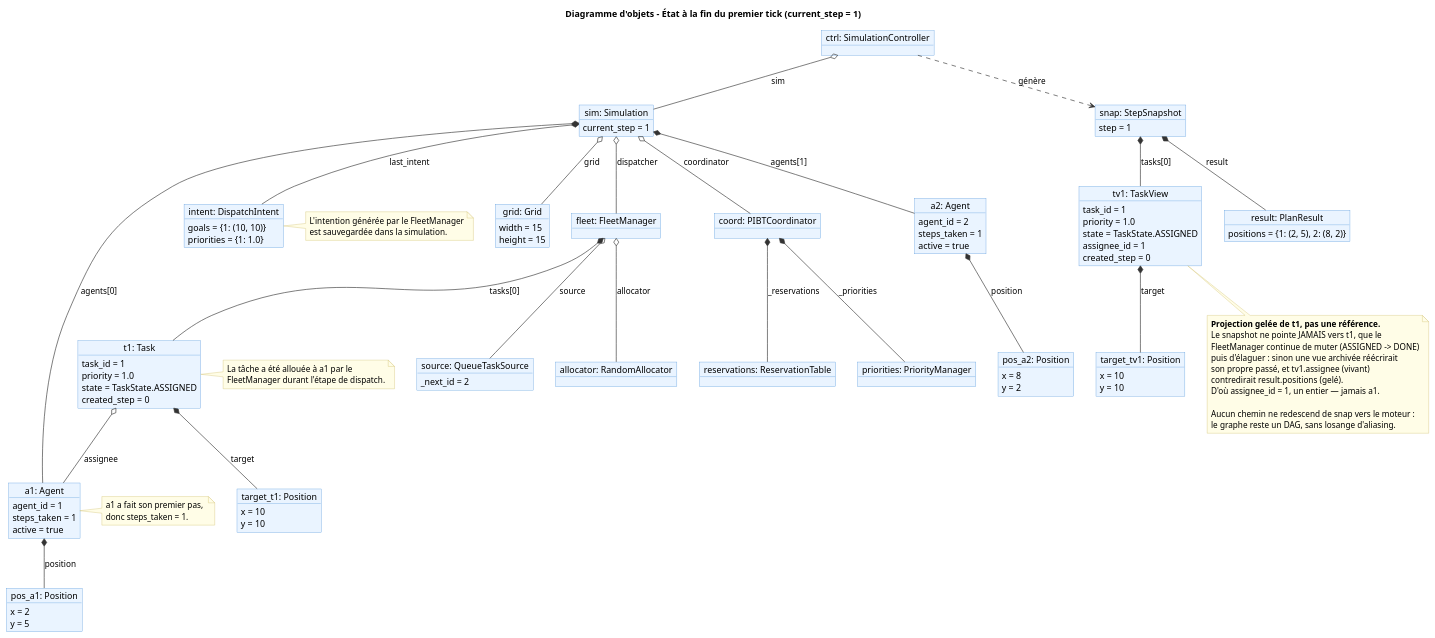
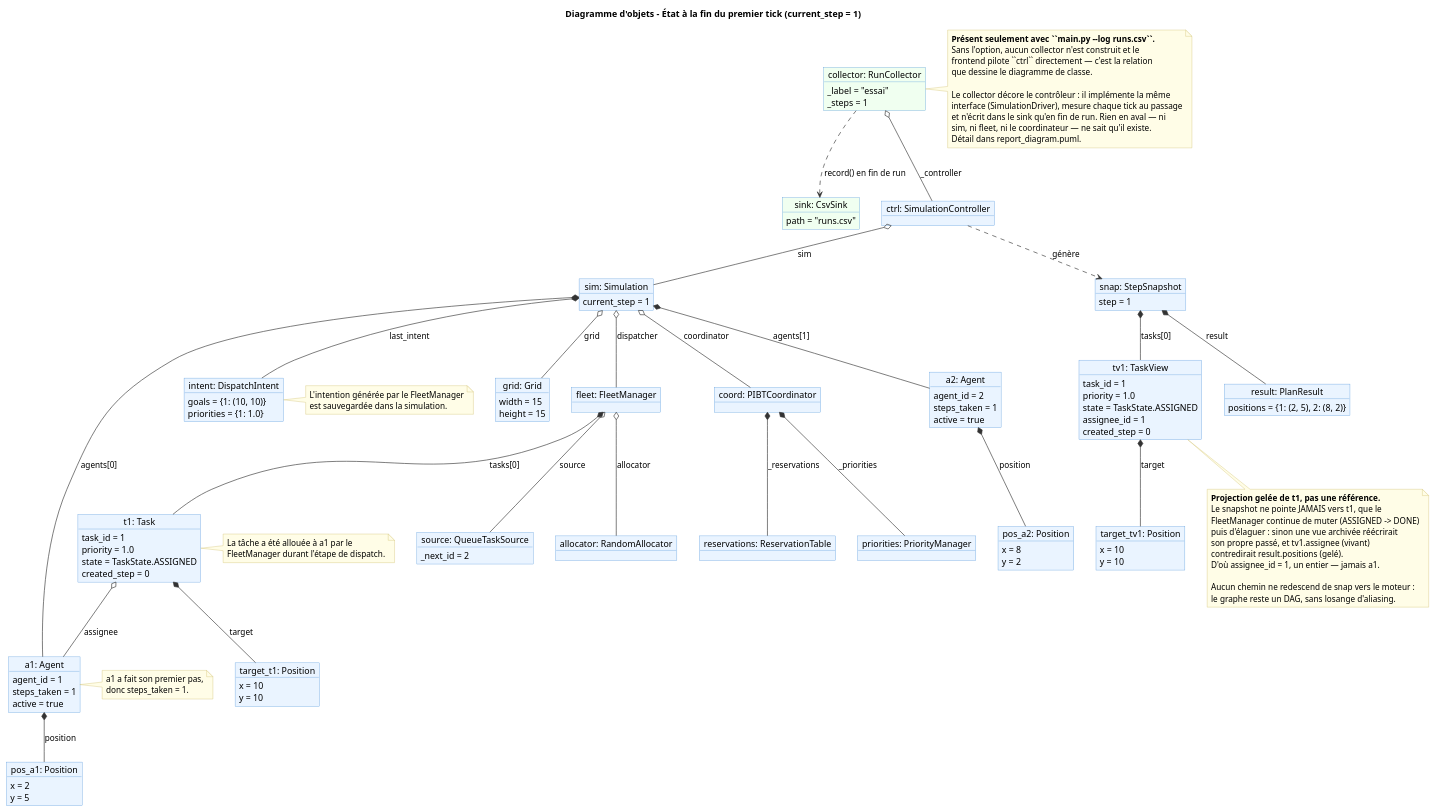
Before and after one commit to RasdaCorentin/MAPF_Simulation: the diagram in diagrammes/object_diag.puml, drawn with PlantUML. The commit also changed 3 other files, not shown here.

First line of the commit message:
docs(diagrams): show the run log in the object diagram

```diff
--- a/diagrammes/object_diag.puml
+++ b/diagrammes/object_diag.puml
@@ -1,171 +1,197 @@
 @startuml object_diagram_post_step1
 
 title Diagramme d'objets - État à la fin du premier tick (current_step = 1)
 
 skinparam objectBorderColor #4A90D9
 skinparam objectBackgroundColor #EAF4FF
 skinparam ArrowColor #333333
 skinparam NoteBackgroundColor #FFFDE7
 skinparam NoteBorderColor #C9B458
+
+object "collector: RunCollector" as collector #F0FFF0 {
+  _label = "essai"
+  _steps = 1
+}
+
+object "sink: CsvSink" as sink #F0FFF0 {
+  path = "runs.csv"
+}
 
 object "ctrl: SimulationController" as ctrl {
 }
 
 object "sim: Simulation" as sim {
   current_step = 1
 }
 
 object "grid: Grid" as grid {
   width = 15
   height = 15
 }
 
 object "fleet: FleetManager" as fleet {
 }
 
 object "source: QueueTaskSource" as source {
   _next_id = 2
 }
 
 object "allocator: RandomAllocator" as alloc {
 }
 
 object "coord: PIBTCoordinator" as coord {
 }
 
 object "reservations: ReservationTable" as res_table {
 }
 
 object "priorities: PriorityManager" as prio {
 }
 
 object "a1: Agent" as a1 {
   agent_id = 1
   steps_taken = 1
   active = true
 }
 
 object "a2: Agent" as a2 {
   agent_id = 2
   steps_taken = 1
   active = true
 }
 
 object "pos_a1: Position" as pos_a1 {
   x = 2
   y = 5
 }
 
 object "pos_a2: Position" as pos_a2 {
   x = 8
   y = 2
 }
 
 object "t1: Task" as t1 {
   task_id = 1
   priority = 1.0
   state = TaskState.ASSIGNED
   created_step = 0
 }
 
 object "target_t1: Position" as target_t1 {
   x = 10
   y = 10
 }
 
 object "intent: DispatchIntent" as intent {
   goals = {1: (10, 10)}
   priorities = {1: 1.0}
 }
 
 object "snap: StepSnapshot" as snap {
   step = 1
 }
 
 object "tv1: TaskView" as tv1 {
   task_id = 1
   priority = 1.0
   state = TaskState.ASSIGNED
   assignee_id = 1
   created_step = 0
 }
 
 object "target_tv1: Position" as target_tv1 {
   x = 10
   y = 10
 }
 
 object "result: PlanResult" as result {
   positions = {1: (2, 5), 2: (8, 2)}
 }
 
 ' ===================================
 ' Liens de composition / aggrégation
 ' ===================================
 
 ' Losanges : même convention que le diagramme de classe — plein pour une
 ' valeur immuable ou un objet mutable à propriétaire unique, creux pour un
 ' objet mutable dont l'instance est partagée.
+' report/ — présent uniquement si le run a été lancé avec --log.
+collector o-- ctrl : _controller
+collector ..> sink : "record() en fin de run"
+
 ctrl o-- sim : sim
 ctrl ..> snap : "génère"
 
 ' Creux : la grille est construite par la factory, qui la partage entre la
 ' simulation et les sources de tâches. La simulation la pilote, elle ne la
 ' possède pas en exclusivité.
 sim o-- grid : grid
 sim *-- a1 : agents[0]
 sim *-- a2 : agents[1]
 sim o-- coord : coordinator
 sim o-- fleet : dispatcher
 sim *-- intent : last_intent
 
 fleet o-- source : source
 fleet o-- alloc : allocator
 fleet *-- t1 : tasks[0]
 
 coord *-- res_table : _reservations
 coord *-- prio : _priorities
 
 a1 *-- pos_a1 : position
 a2 *-- pos_a2 : position
 
 t1 *-- target_t1 : target
 t1 o-- a1 : assignee
 
 snap *-- result : result
 snap *-- tv1 : tasks[0]
 tv1 *-- target_tv1 : target
 
 ' ===================================
 ' Notes explicatives
 ' ===================================
 
+note right of collector
+  **Présent seulement avec ``main.py --log runs.csv``.**
+  Sans l'option, aucun collector n'est construit et le
+  frontend pilote ``ctrl`` directement — c'est la relation
+  que dessine le diagramme de classe.
+
+  Le collector décore le contrôleur : il implémente la même
+  interface (SimulationDriver), mesure chaque tick au passage
+  et n'écrit dans le sink qu'en fin de run. Rien en aval — ni
+  sim, ni fleet, ni le coordinateur — ne sait qu'il existe.
+  Détail dans report_diagram.puml.
+end note
+
 note right of a1
-  a1 a fait son premier pas, 
+  a1 a fait son premier pas,
   donc steps_taken = 1.
 end note
 
 note right of t1
   La tâche a été allouée à a1 par le 
   FleetManager durant l'étape de dispatch.
 end note
 
 note right of intent
   L'intention générée par le FleetManager
   est sauvegardée dans la simulation.
 end note
 
 note bottom of tv1
   **Projection gelée de t1, pas une référence.**
   Le snapshot ne pointe JAMAIS vers t1, que le
   FleetManager continue de muter (ASSIGNED -> DONE)
   puis d'élaguer : sinon une vue archivée réécrirait
   son propre passé, et tv1.assignee (vivant)
   contredirait result.positions (gelé).
   D'où assignee_id = 1, un entier — jamais a1.
 
   Aucun chemin ne redescend de snap vers le moteur :
   le graphe reste un DAG, sans losange d'aliasing.
 end note
 
 @enduml
```
